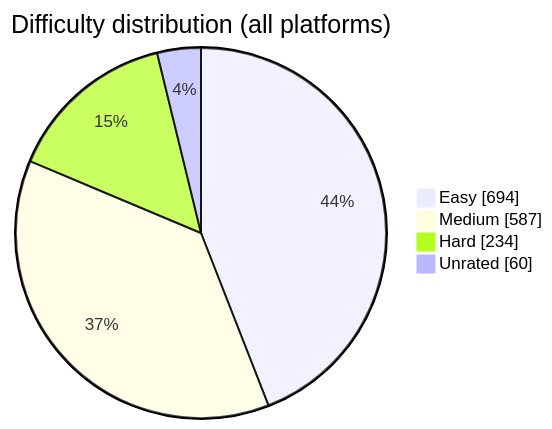
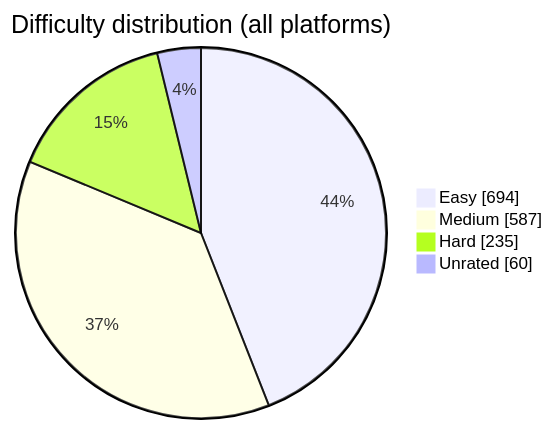
Before and after one commit to BuildbyArindam/Daily-Coding-Log: the diagram in README.md, drawn with Mermaid. The commit also changed other lines of this file, not shown here.

````diff
--- a/README.md
+++ b/README.md
@@ -93,7 +93,7 @@
 ```mermaid
 pie showData title Difficulty distribution (all platforms)
     "Easy" : 694
     "Medium" : 587
-    "Hard" : 234
+    "Hard" : 235
     "Unrated" : 60
 ```
````
